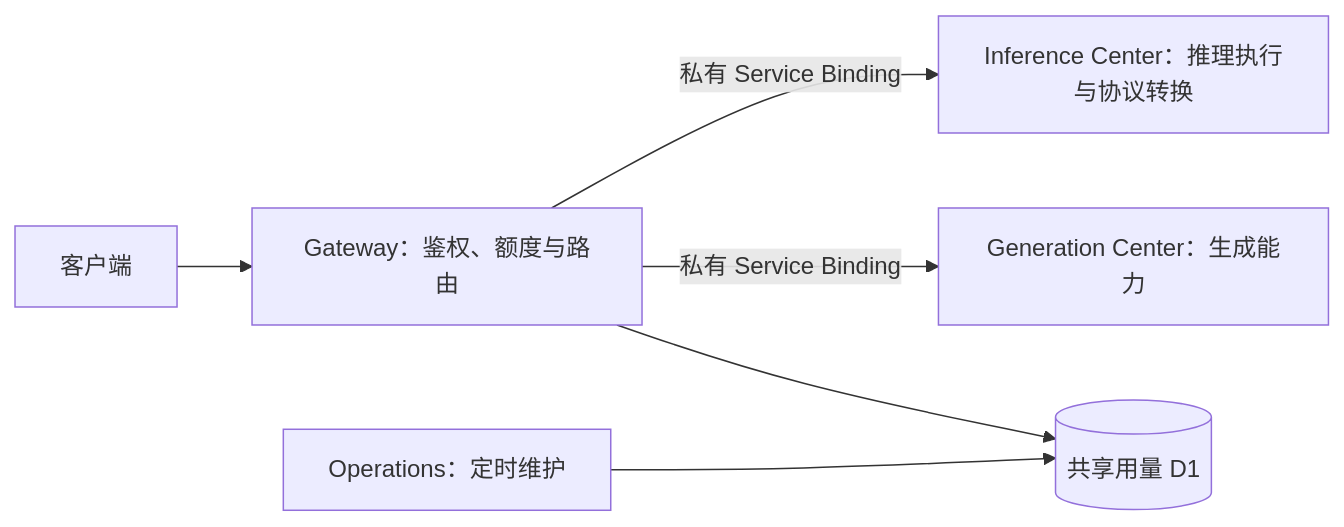
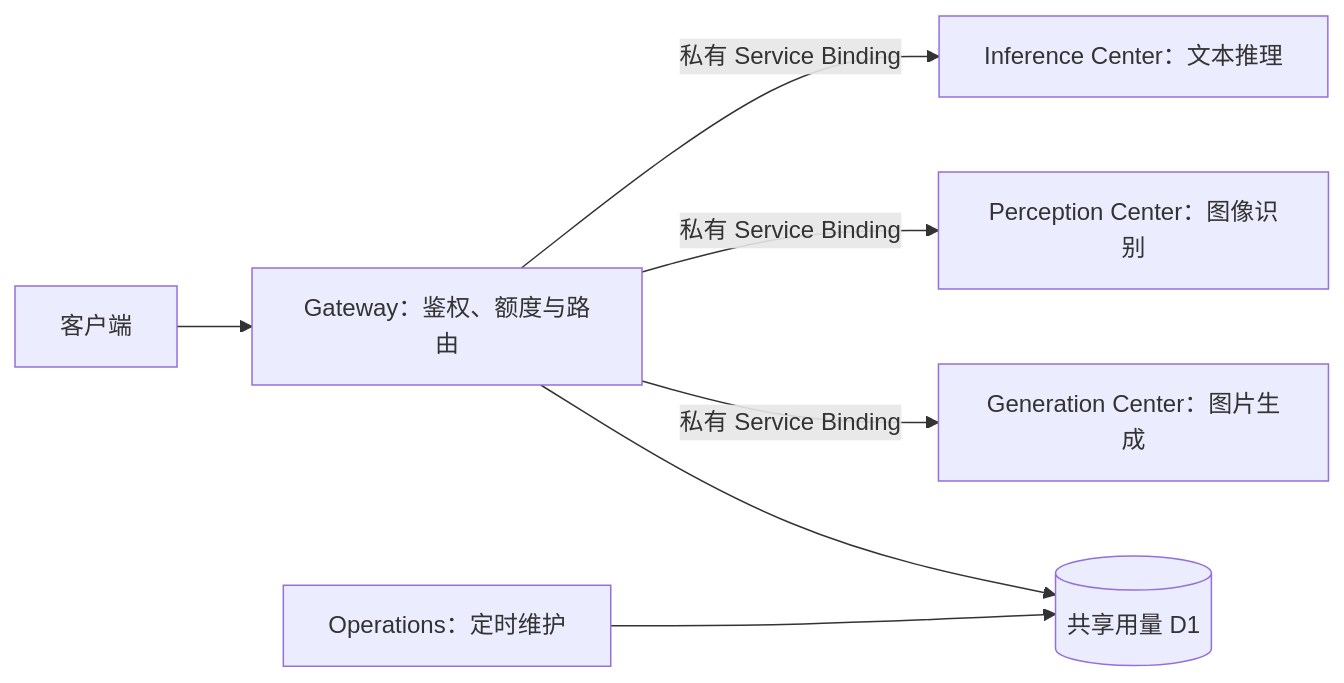
The second of 2 diagrams in README.md (fongap-labs/ai-gateway), drawn with Mermaid before and after one commit. The commit also changed other lines of this file and 1 other file, not shown here.

Commit message:
chore: clarify five-worker boundaries and real gateway acceptance (#430)

````diff
--- a/README.md
+++ b/README.md
@@ -50,8 +50,9 @@
 ```mermaid
 flowchart LR
     Client[客户端] --> Gateway[Gateway：鉴权、额度与路由]
-    Gateway -->|私有 Service Binding| Inference[Inference Center：推理执行与协议转换]
-    Gateway -->|私有 Service Binding| Generation[Generation Center：生成能力]
+    Gateway -->|私有 Service Binding| Inference[Inference Center：文本推理]
+    Gateway -->|私有 Service Binding| Perception[Perception Center：图像识别]
+    Gateway -->|私有 Service Binding| Generation[Generation Center：图片生成]
     Gateway --> Stats[(共享用量 D1)]
     Operations[Operations：定时维护] --> Stats
 ```
````
